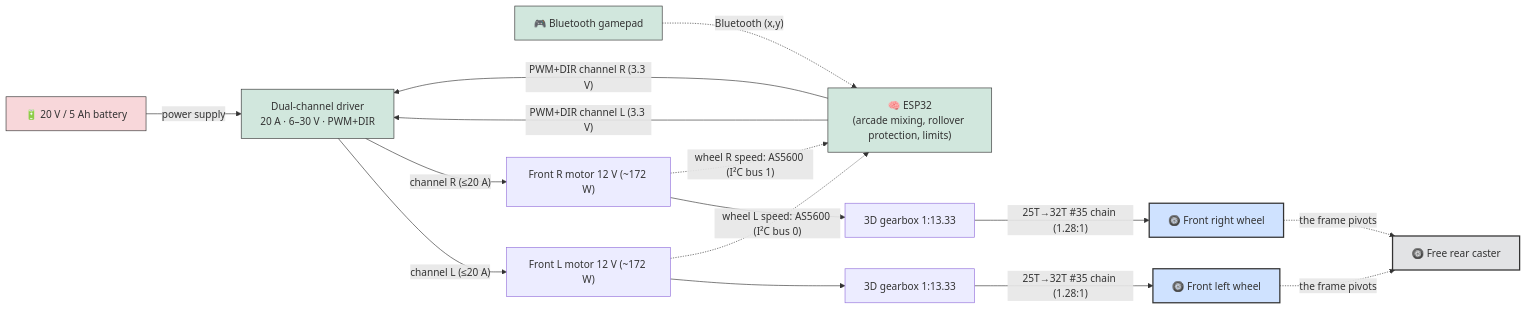
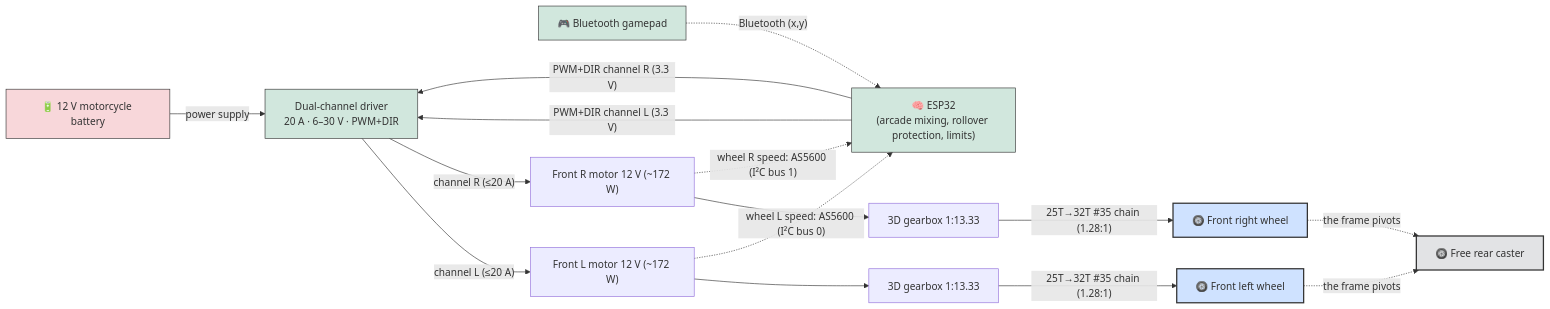
Before and after one commit to pinkymaxou/powered-soapbox-car: the fifth of 10 diagrams in README.md, drawn with Mermaid. The commit also changed other lines of this file, not shown here.

````diff
--- a/README.md
+++ b/README.md
@@ -322,34 +325,34 @@
 ```mermaid
 flowchart LR
-    BATT["🔋 20 V / 5 Ah battery"]
+    BATT["🔋 12 V motorcycle battery"]
     PAD["🎮 Bluetooth gamepad"]
     ESP["🧠 ESP32<br/>(arcade mixing, rollover protection, limits)"]
     DRV["Dual-channel driver<br/>20 A · 6–30 V · PWM+DIR"]
     M1["Front L motor 12 V (~172 W)"]
     M2["Front R motor 12 V (~172 W)"]
     G1["3D gearbox 1:13.33"]
     G2["3D gearbox 1:13.33"]
     R1["🛞 Front left wheel"]
     R2["🛞 Front right wheel"]
     CAS["🛞 Free rear caster"]
 
     BATT -- "power supply" --> DRV
     PAD -. "Bluetooth (x,y)" .-> ESP
     ESP -- "PWM+DIR channel L (3.3 V)" --> DRV
     ESP -- "PWM+DIR channel R (3.3 V)" --> DRV
     DRV -- "channel L (≤20 A)" --> M1 --> G1 -- "25T→32T #35 chain (1.28:1)" --> R1
     DRV -- "channel R (≤20 A)" --> M2 --> G2 -- "25T→32T #35 chain (1.28:1)" --> R2
     M1 -. "wheel L speed: AS5600 (I²C bus 0)" .-> ESP
     M2 -. "wheel R speed: AS5600 (I²C bus 1)" .-> ESP
     R1 -. "the frame pivots" .-> CAS
     R2 -. "the frame pivots" .-> CAS
 
     classDef pwr fill:#f8d7da,stroke:#333;
     classDef ctrl fill:#d1e7dd,stroke:#333;
     classDef wheel fill:#cfe2ff,stroke:#333,stroke-width:2px;
     classDef caster fill:#e2e3e5,stroke:#333,stroke-width:2px;
     class BATT pwr;
     class ESP,DRV,PAD ctrl;
     class R1,R2 wheel;
     class CAS caster;
 ```
````
